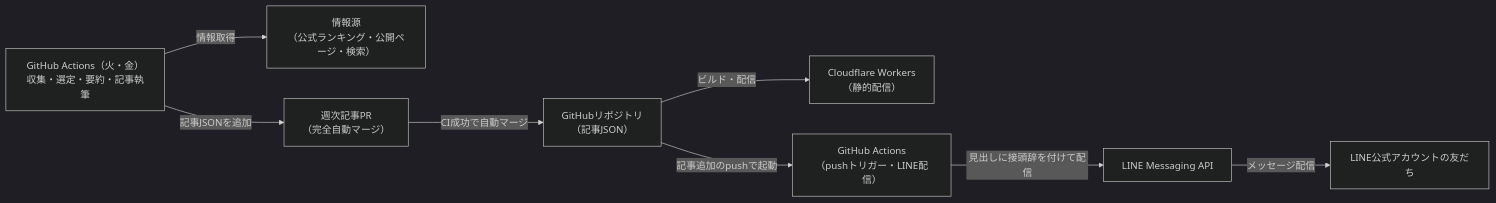
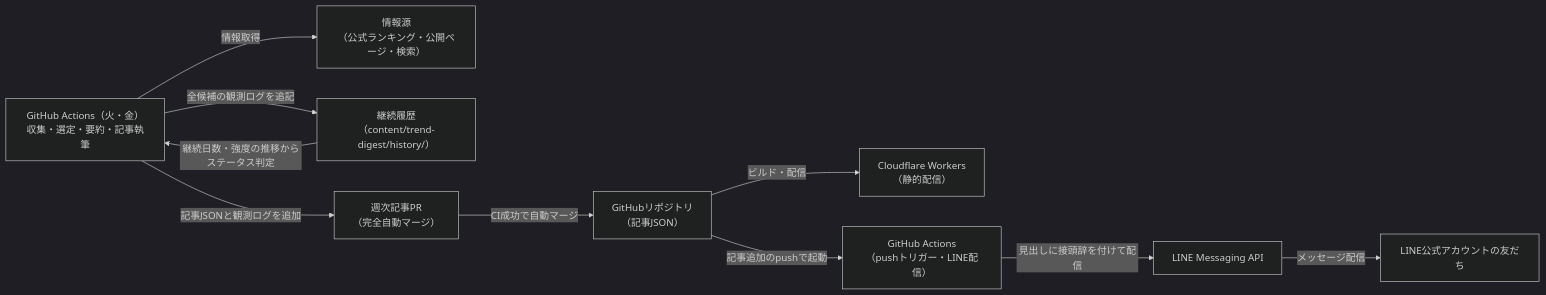
Before and after one commit to zakiyama0108/benriyatool: the third of 5 diagrams in specs/trend-digest/architecture.md, drawn with Mermaid (dark theme). The commit also changed other lines of this file and 15 other files, not shown here.

First line of the commit message:
design(trend-digest): 中長期トレンド継続履歴の設計とタスク分解を追加

````diff
--- a/specs/trend-digest/architecture.md
+++ b/specs/trend-digest/architecture.md
@@ -58,19 +60,22 @@
 ```mermaid
 flowchart LR
     weeklyRoutine["GitHub Actions（火・金）<br>収集・選定・要約・記事執筆"]
     sources["情報源<br>（公式ランキング・公開ページ・検索）"]
+    history["継続履歴<br>（content/trend-digest/history/）"]
     weeklyPR["週次記事PR<br>（完全自動マージ）"]
     repo["GitHubリポジトリ<br>（記事JSON）"]
     cf["Cloudflare Workers<br>（静的配信）"]
     broadcastRoutine["GitHub Actions<br>（pushトリガー・LINE配信）"]
     lineApi["LINE Messaging API"]
     lineFriends["LINE公式アカウントの友だち"]
 
     weeklyRoutine -->|情報取得| sources
-    weeklyRoutine -->|記事JSONを追加| weeklyPR
+    weeklyRoutine -->|全候補の観測ログを追記| history
+    history -->|継続日数・強度の推移からステータス判定| weeklyRoutine
+    weeklyRoutine -->|記事JSONと観測ログを追加| weeklyPR
     weeklyPR -->|CI成功で自動マージ| repo
     repo -->|ビルド・配信| cf
     repo -->|記事追加のpushで起動| broadcastRoutine
     broadcastRoutine -->|見出しに接頭辞を付けて配信| lineApi
     lineApi -->|メッセージ配信| lineFriends
 ```
````
